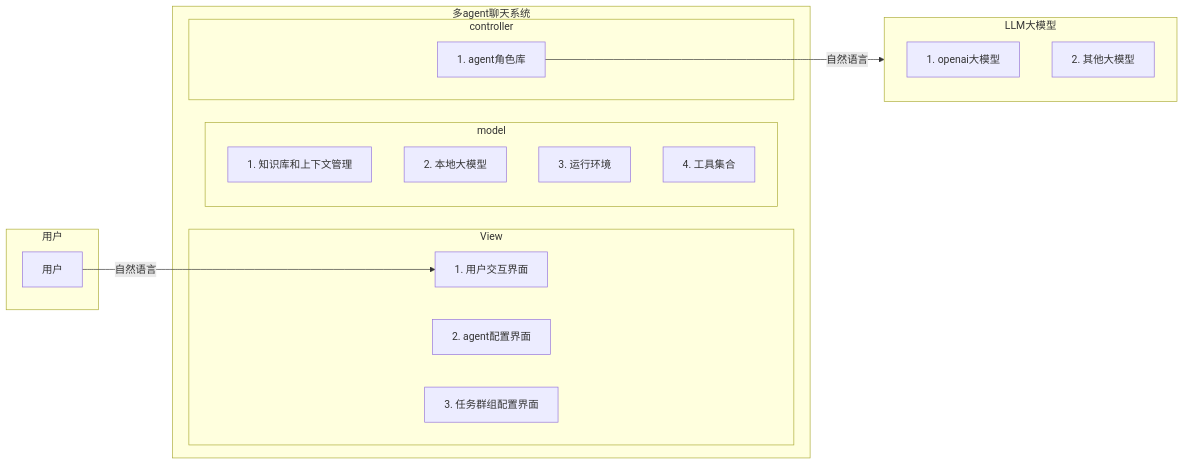
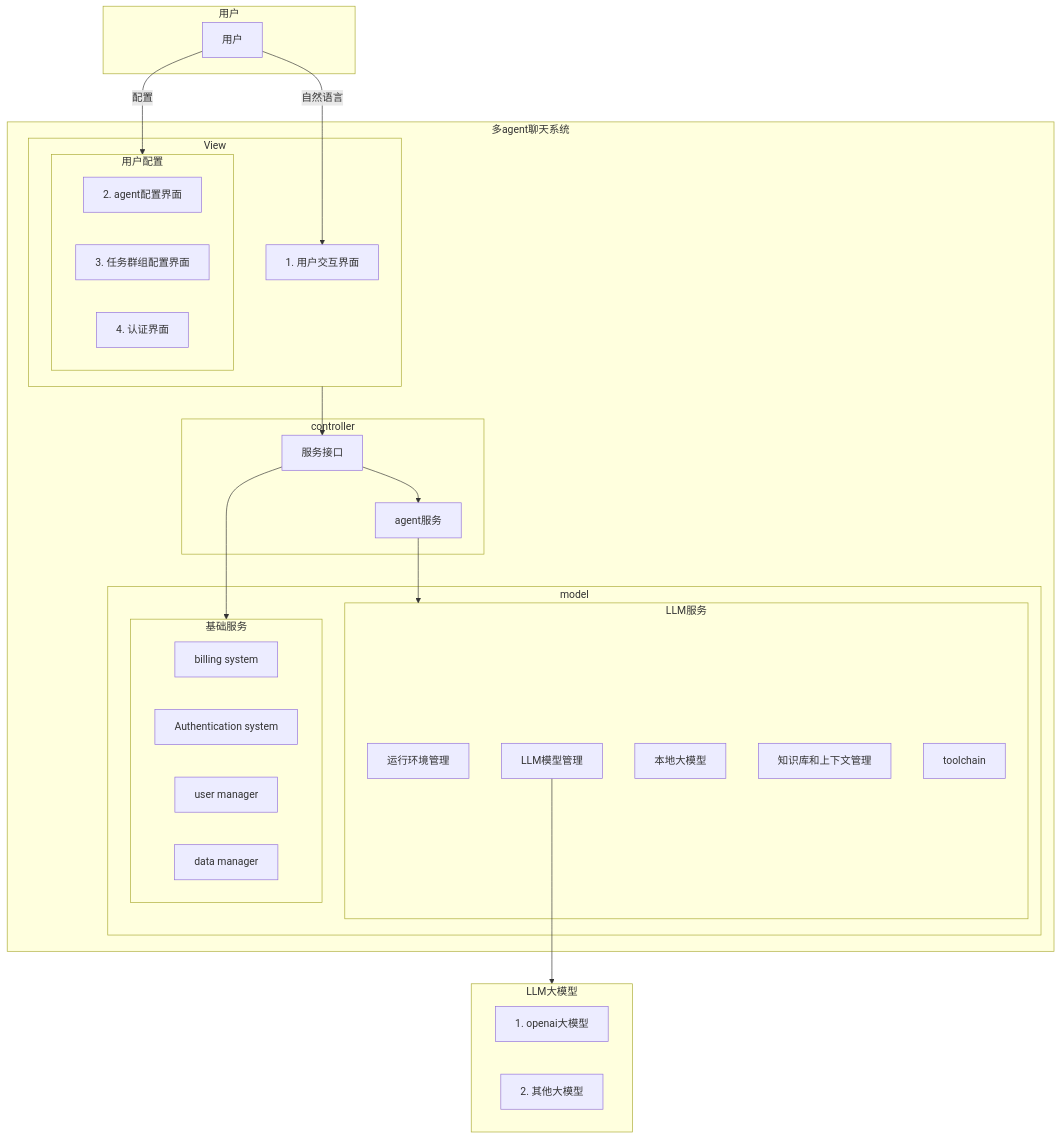
One commit to glee0413/agentsoft changed the diagram in doc/requirements/10 Architectural Design/01 context/系统设计.md. Above: the diagram before and after it, drawn with Mermaid.

Commit message:
修改context架构

````diff
--- a/doc/requirements/10 Architectural Design/01 context/系统设计.md
+++ b/doc/requirements/10 Architectural Design/01 context/系统设计.md
@@ -5,33 +5,53 @@
 ``` mermaid
-graph LR
+graph TD
     subgraph 多agent聊天系统
-        subgraph "View"
-            id11["1. 用户交互界面"]
-            id12["2. agent配置界面"]
-            id13["3. 任务群组配置界面"]
+        subgraph id_view["View"]
+            id_chat["1. 用户交互界面"]
+            
+            subgraph id_user_configer["用户配置"]
+                id_agent_conf["2. agent配置界面"]
+                id_group_conf["3. 任务群组配置界面"]
+                id_auth_conf["4. 认证界面"]
+            end
+        end
+
+        subgraph "controller"   
+            id_service["服务接口"]
+            id_agent["agent服务"]  
         end
         
-        subgraph "model"
-            id3["1. 知识库和上下文管理"]
-            id4["2. 本地大模型"]
-            id5["3. 运行环境"] 
-            id6["4. 工具集合"]
-        end
-        subgraph "controller"   
-            id2["1. agent角色库"]  
+        subgraph id_model["model"]
+            subgraph id_LLMservice[LLM服务]
+                id_env["运行环境管理"] 
+                id_modelmgr["LLM模型管理"]
+                id_localllm["本地大模型"]
+
+                id_context["知识库和上下文管理"]
+                id_toolchain["toolchain"]
+            end
+            subgraph id_baseservice[基础服务]
+                id_bill["billing system"]
+                id_auth["Authentication system"]
+                id_usermgr["user manager"]
+                id_datamgr["data manager"]
+            end
         end
     end
     
     subgraph "用户"
-        id7["用户"] 
+        id_user["用户"] 
     end
     
-    subgraph "LLM大模型"
+    subgraph id_LLMSupplier["LLM大模型"]
         id8["1. openai大模型"]
         id9["2. 其他大模型"]
     end
-    
-    id7 --自然语言--> id11
-    id2 --自然语言--> LLM大模型
+    id_view --> id_service
+    id_service --> id_agent
+    id_user --自然语言--> id_chat
+    id_user --配置--> id_user_configer
+    id_modelmgr --> id_LLMSupplier
+    id_agent --> id_LLMservice
+    id_service --> id_baseservice
 
 ```
````
